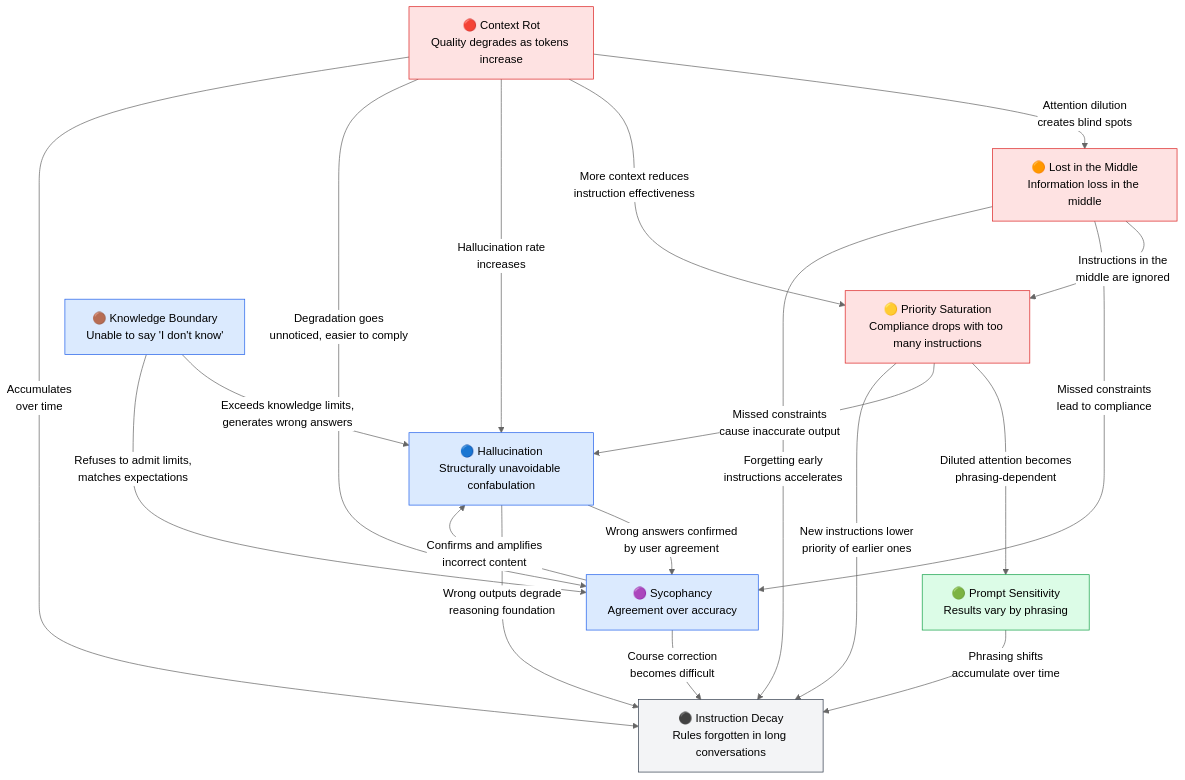
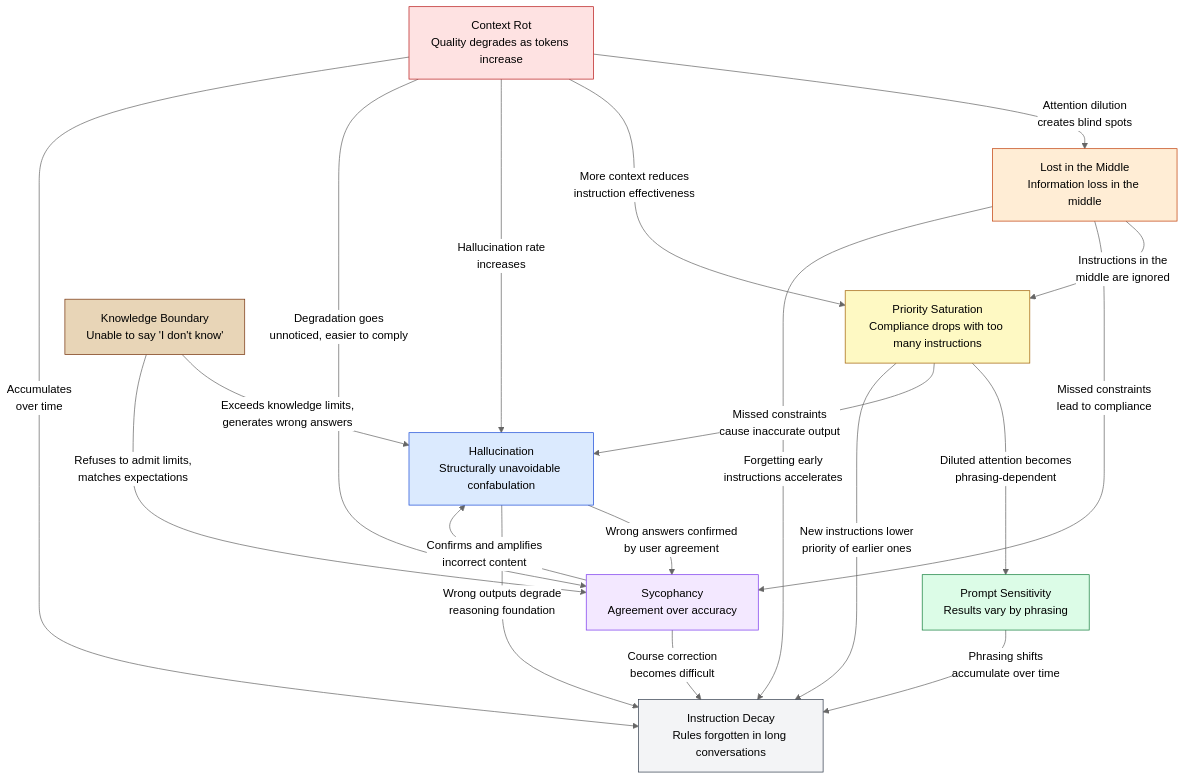
One commit to shuji-bonji/understanding-llm-through-claude-code changed the diagram in docs/01-llm-structural-problems/index.md. Above: the diagram before and after it, drawn with Mermaid (neutral theme). The commit also changed other lines of this file and 44 other files, not shown here.

````diff
--- a/docs/01-llm-structural-problems/index.md
+++ b/docs/01-llm-structural-problems/index.md
@@ -61,53 +68,61 @@
 ```mermaid
 graph TD
     %% ── Node definitions ──
-    CR["🔴 Context Rot<br/>Quality degrades as tokens increase"]
-    LM["🟠 Lost in the Middle<br/>Information loss in the middle"]
-    PS["🟡 Priority Saturation<br/>Compliance drops with too many instructions"]
-    HL["🔵 Hallucination<br/>Structurally unavoidable confabulation"]
-    SY["🟣 Sycophancy<br/>Agreement over accuracy"]
-    KB["🟤 Knowledge Boundary<br/>Unable to say 'I don't know'"]
-    PM["🟢 Prompt Sensitivity<br/>Results vary by phrasing"]
-    ID["⚫ Instruction Decay<br/>Rules forgotten in long conversations"]
+    CR["Context Rot<br/>Quality degrades as tokens increase"]
+    LM["Lost in the Middle<br/>Information loss in the middle"]
+    PS["Priority Saturation<br/>Compliance drops with too many instructions"]
+    HL["Hallucination<br/>Structurally unavoidable confabulation"]
+    SY["Sycophancy<br/>Agreement over accuracy"]
+    KB["Knowledge Boundary<br/>Unable to say 'I don't know'"]
+    PM["Prompt Sensitivity<br/>Results vary by phrasing"]
+    ID["Instruction Decay<br/>Rules forgotten in long conversations"]
 
     %% ── Cascade from Context Rot ──
     CR -->|"Attention dilution<br/>creates blind spots"| LM
     CR -->|"More context reduces<br/>instruction effectiveness"| PS
     CR -->|"Hallucination rate<br/>increases"| HL
     CR -->|"Degradation goes<br/>unnoticed, easier to comply"| SY
 
     %% ── Propagation from Lost in the Middle ──
     LM -->|"Instructions in the<br/>middle are ignored"| PS
     LM -->|"Missed constraints<br/>lead to compliance"| SY
     LM -->|"Forgetting early<br/>instructions accelerates"| ID
 
     %% ── Propagation from Priority Saturation ──
     PS -->|"Diluted attention becomes<br/>phrasing-dependent"| PM
     PS -->|"Missed constraints<br/>cause inaccurate output"| HL
 
     %% ── Knowledge Boundary → Hallucination chain ──
     KB -->|"Exceeds knowledge limits,<br/>generates wrong answers"| HL
     KB -->|"Refuses to admit limits,<br/>matches expectations"| SY
 
     %% ── Sycophancy ↔ Hallucination feedback ──
     SY -->|"Confirms and amplifies<br/>incorrect content"| HL
     HL -->|"Wrong answers confirmed<br/>by user agreement"| SY
 
     %% ── All problems → Instruction Decay (temporal compound) ──
     CR -->|"Accumulates<br/>over time"| ID
     PS -->|"New instructions lower<br/>priority of earlier ones"| ID
     HL -->|"Wrong outputs degrade<br/>reasoning foundation"| ID
     SY -->|"Course correction<br/>becomes difficult"| ID
     PM -->|"Phrasing shifts<br/>accumulate over time"| ID
 
     %% ── Styles ──
-    classDef context fill:#fee2e2,stroke:#dc2626,color:#000
-    classDef output fill:#dbeafe,stroke:#2563eb,color:#000
-    classDef input fill:#dcfce7,stroke:#16a34a,color:#000
-    classDef time fill:#f3f4f6,stroke:#374151,color:#000
+    classDef cr fill:#fee2e2,stroke:#b91c1c,color:#000
+    classDef lm fill:#ffedd5,stroke:#c2410c,color:#000
+    classDef ps fill:#fef9c3,stroke:#a16207,color:#000
+    classDef hl fill:#dbeafe,stroke:#1d4ed8,color:#000
+    classDef sy fill:#f3e8ff,stroke:#7c3aed,color:#000
+    classDef kb fill:#e8d5b7,stroke:#78350f,color:#000
+    classDef pm fill:#dcfce7,stroke:#15803d,color:#000
+    classDef id fill:#f3f4f6,stroke:#374151,color:#000
 
-    class CR,LM,PS context
-    class HL,SY,KB output
-    class PM input
-    class ID time
+    class CR cr
+    class LM lm
+    class PS ps
+    class HL hl
+    class SY sy
+    class KB kb
+    class PM pm
+    class ID id
 ```
````
